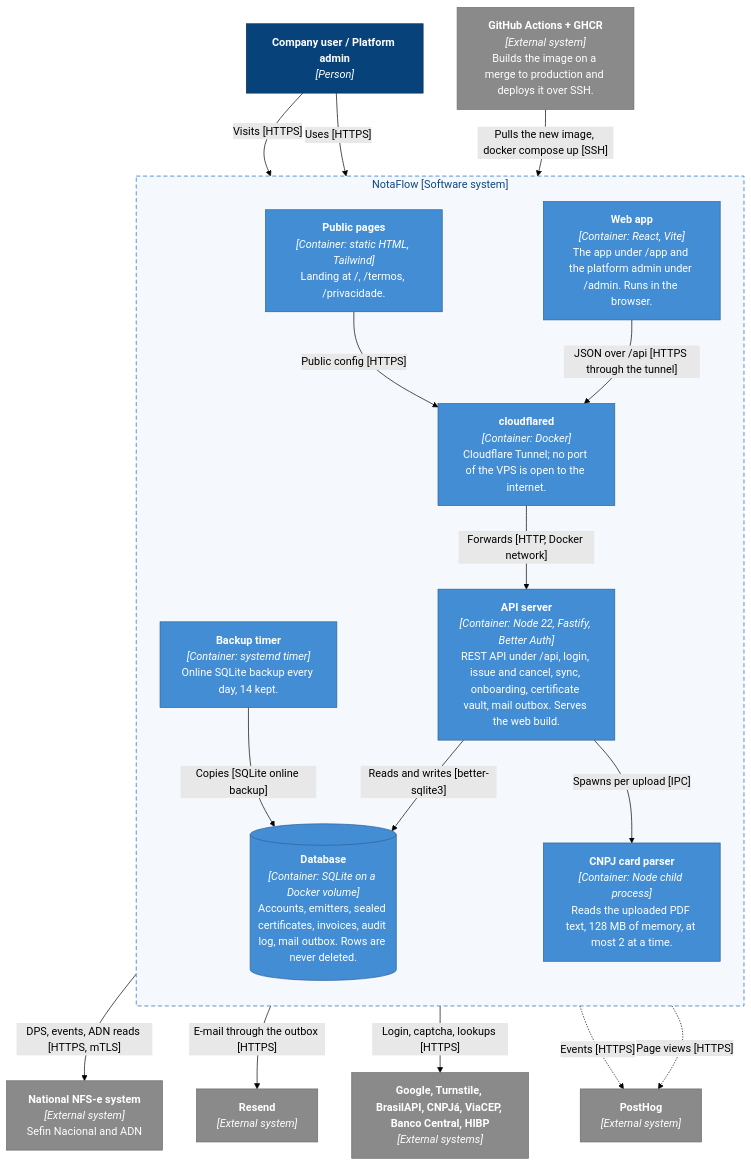
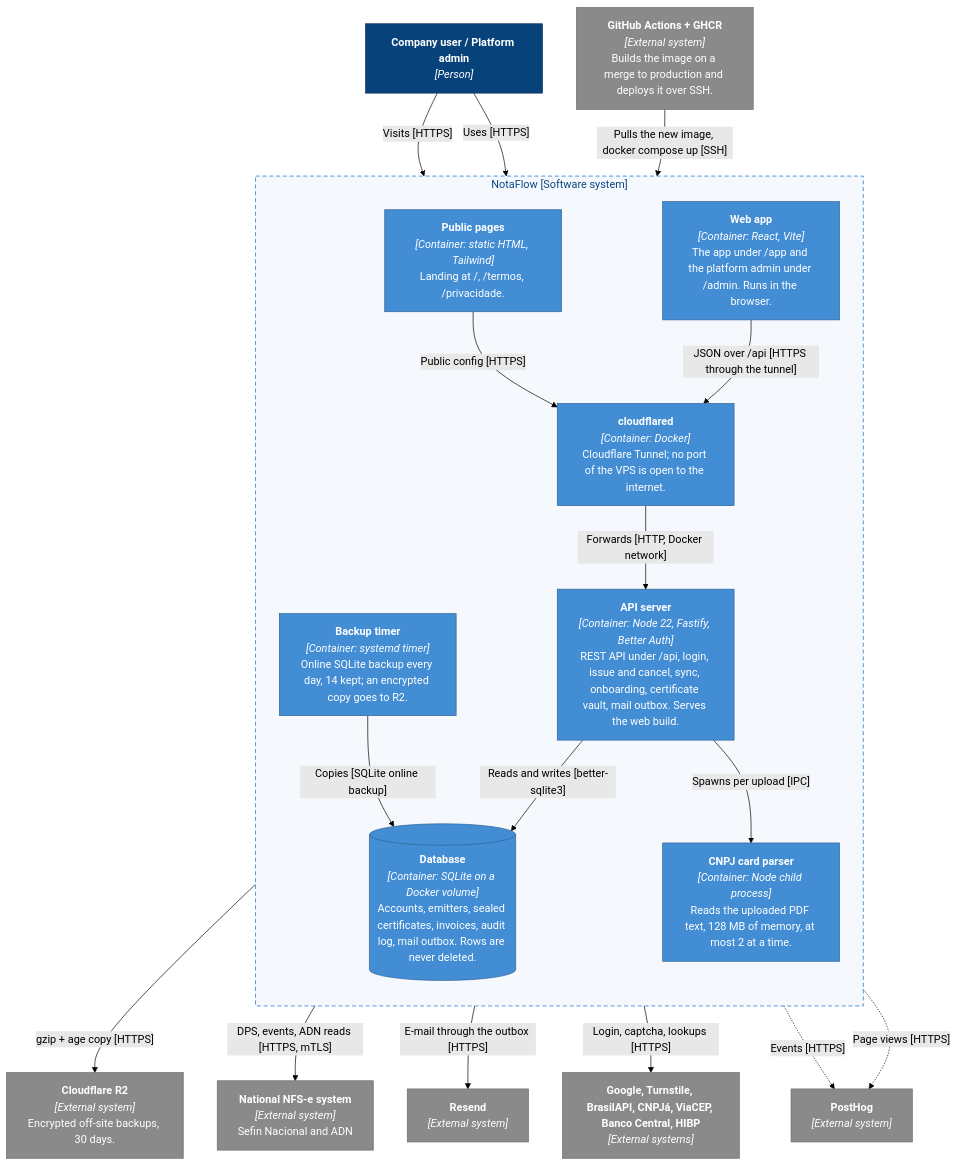
Before and after one commit to Vapulab/notaflow: the diagram in docs/ENGINEERING/ARCHITECTURE/diagrams/c4-2-containers.mmd, drawn with Mermaid (forest theme). The commit also changed 12 other files, not shown here.

First line of the commit message:
feat(deploy): encrypted off-site backups to Cloudflare R2

```diff
--- a/docs/ENGINEERING/ARCHITECTURE/diagrams/c4-2-containers.mmd
+++ b/docs/ENGINEERING/ARCHITECTURE/diagrams/c4-2-containers.mmd
@@ -1,45 +1,47 @@
 %% C4 level 2: containers of NotaFlow. Render with diagrams/render.html (see README.md).
 flowchart TB
   user["<b>Company user / Platform admin</b><br/><i>[Person]</i>"]
 
   subgraph boundary["NotaFlow [Software system]"]
     direction TB
     web["<b>Web app</b><br/><i>[Container: React, Vite]</i><br/>The app under /app and the platform admin under /admin. Runs in the browser."]
     pages["<b>Public pages</b><br/><i>[Container: static HTML, Tailwind]</i><br/>Landing at /, /termos, /privacidade."]
     tunnel["<b>cloudflared</b><br/><i>[Container: Docker]</i><br/>Cloudflare Tunnel; no port of the VPS is open to the internet."]
     server["<b>API server</b><br/><i>[Container: Node 22, Fastify, Better Auth]</i><br/>REST API under /api, login, issue and cancel, sync, onboarding, certificate vault, mail outbox. Serves the web build."]
     db[("<b>Database</b><br/><i>[Container: SQLite on a Docker volume]</i><br/>Accounts, emitters, sealed certificates, invoices, audit log, mail outbox. Rows are never deleted.")]
-    backup["<b>Backup timer</b><br/><i>[Container: systemd timer]</i><br/>Online SQLite backup every day, 14 kept."]
+    backup["<b>Backup timer</b><br/><i>[Container: systemd timer]</i><br/>Online SQLite backup every day, 14 kept; an encrypted copy goes to R2."]
     cardworker["<b>CNPJ card parser</b><br/><i>[Container: Node child process]</i><br/>Reads the uploaded PDF text, 128 MB of memory, at most 2 at a time."]
   end
 
   nacional["<b>National NFS-e system</b><br/><i>[External system]</i><br/>Sefin Nacional and ADN"]
   resend["<b>Resend</b><br/><i>[External system]</i>"]
   others["<b>Google, Turnstile, BrasilAPI, CNPJá, ViaCEP, Banco Central, HIBP</b><br/><i>[External systems]</i>"]
   posthog["<b>PostHog</b><br/><i>[External system]</i>"]
+  r2["<b>Cloudflare R2</b><br/><i>[External system]</i><br/>Encrypted off-site backups, 30 days."]
   ci["<b>GitHub Actions + GHCR</b><br/><i>[External system]</i><br/>Builds the image on a merge to production and deploys it over SSH."]
 
   user -- "Visits [HTTPS]" --> pages
   user -- "Uses [HTTPS]" --> web
   web -- "JSON over /api [HTTPS through the tunnel]" --> tunnel
   pages -- "Public config [HTTPS]" --> tunnel
   tunnel -- "Forwards [HTTP, Docker network]" --> server
   server -- "Reads and writes [better-sqlite3]" --> db
   server -- "Spawns per upload [IPC]" --> cardworker
   backup -- "Copies [SQLite online backup]" --> db
+  backup -- "gzip + age copy [HTTPS]" --> r2
   server -- "DPS, events, ADN reads [HTTPS, mTLS]" --> nacional
   server -- "E-mail through the outbox [HTTPS]" --> resend
   server -- "Login, captcha, lookups [HTTPS]" --> others
   web -. "Events [HTTPS]" .-> posthog
   pages -. "Page views [HTTPS]" .-> posthog
   ci -- "Pulls the new image, docker compose up [SSH]" --> server
 
   classDef person fill:#08427b,stroke:#052e56,color:#fff
   classDef container fill:#438dd5,stroke:#2e6295,color:#fff
   classDef db fill:#438dd5,stroke:#2e6295,color:#fff
   classDef external fill:#8a8a8a,stroke:#6b6b6b,color:#fff
   class user person
   class web,pages,tunnel,server,backup,cardworker container
   class db db
-  class nacional,resend,others,posthog,ci external
+  class nacional,resend,others,posthog,ci,r2 external
   style boundary fill:#f5f8fc,stroke:#1168bd,stroke-dasharray:6 4,color:#0b4884
```
